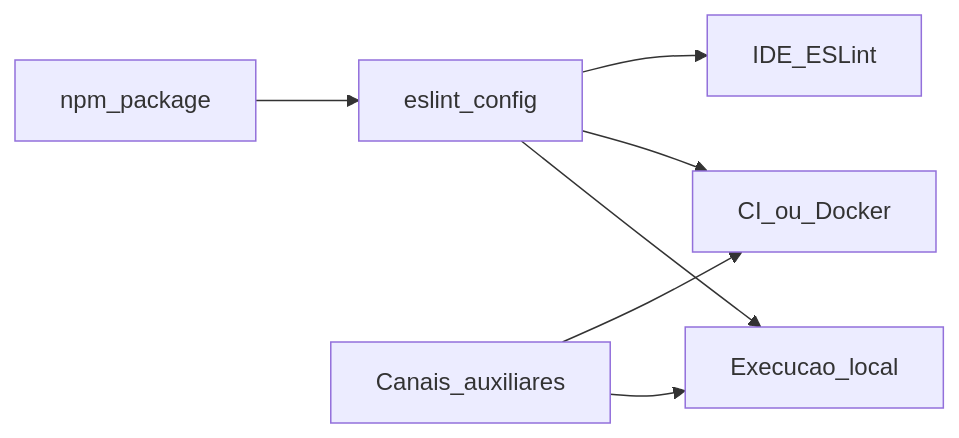
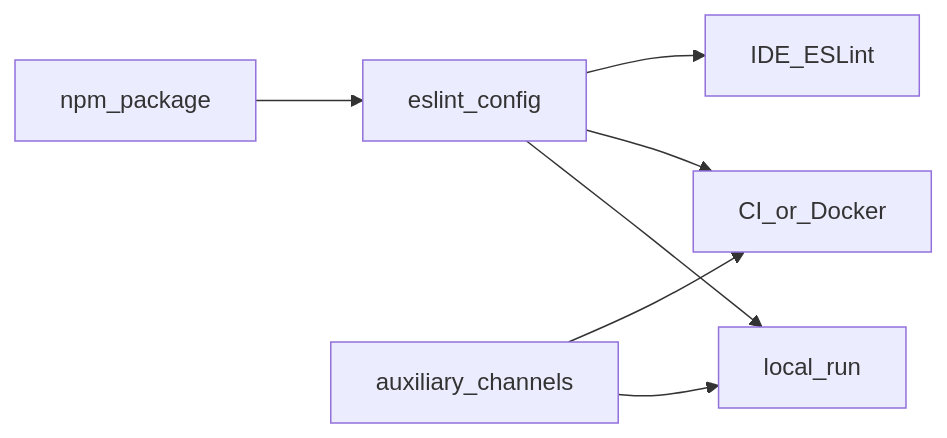
The diagram in docs/solution-distribution-channels.md (Malnati/eslint-hardcode-detect-plugin), drawn with Mermaid before and after one commit. The commit also changed other lines of this file and 5 other files, not shown here.

Commit message:
docs: translate six guides to US English (architecture, policy, maps, scope, tree, channels)

````diff
--- a/docs/solution-distribution-channels.md
+++ b/docs/solution-distribution-channels.md
@@ -36,14 +36,14 @@
 ```mermaid
 flowchart LR
   pkg[npm_package]
   cfg[eslint_config]
-  run_local[Execucao_local]
-  run_ci[CI_ou_Docker]
+  run_local[local_run]
+  run_ci[CI_or_Docker]
   ide[IDE_ESLint]
-  aux[Canais_auxiliares]
+  aux[auxiliary_channels]
   pkg --> cfg --> run_local
   cfg --> run_ci
   cfg --> ide
   aux --> run_local
   aux --> run_ci
 ```
````
